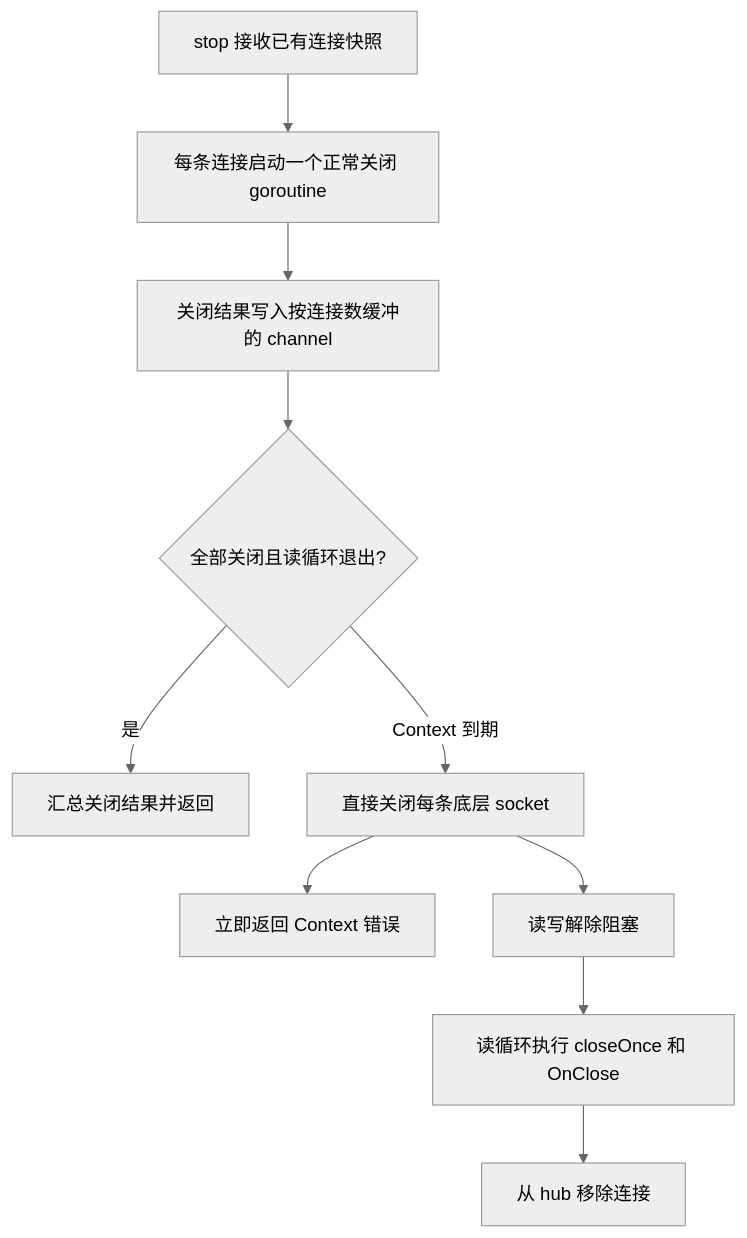
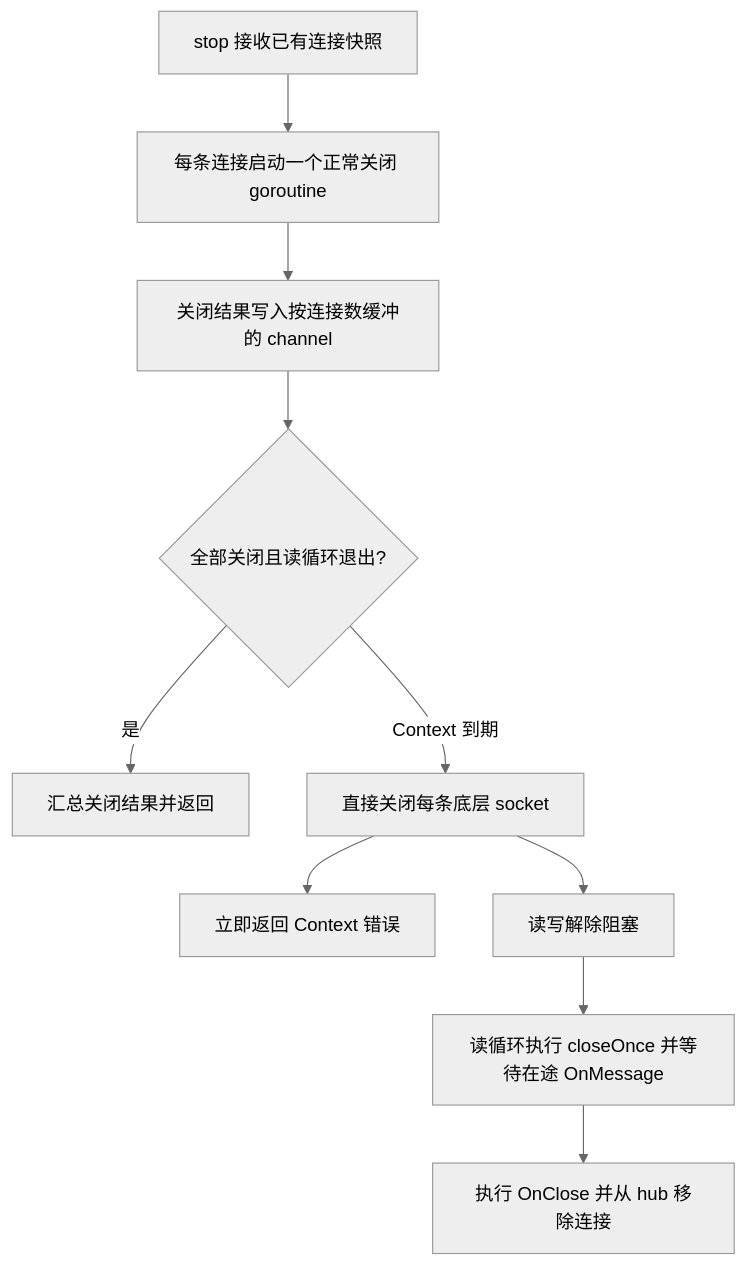
One commit to jaggerzhuang1994/kratos-foundation changed the sixth of 10 diagrams in pkg/server/README.md. Above: the diagram before and after it, drawn with Mermaid (neutral theme). The commit also changed other lines of this file and 8 other files, not shown here.

````diff
--- a/pkg/server/README.md
+++ b/pkg/server/README.md
@@ -152,12 +229,12 @@
 ```mermaid
 flowchart TD
     A[stop 接收已有连接快照] --> B[每条连接启动一个正常关闭 goroutine]
     B --> C[关闭结果写入按连接数缓冲的 channel]
     C --> D{全部关闭且读循环退出?}
     D -->|是| E[汇总关闭结果并返回]
     D -->|Context 到期| F[直接关闭每条底层 socket]
     F --> G[立即返回 Context 错误]
     F --> H[读写解除阻塞]
-    H --> I[读循环执行 closeOnce 和 OnClose]
-    I --> J[从 hub 移除连接]
+    H --> I[读循环执行 closeOnce 并等待在途 OnMessage]
+    I --> J[执行 OnClose 并从 hub 移除连接]
 ```
````
